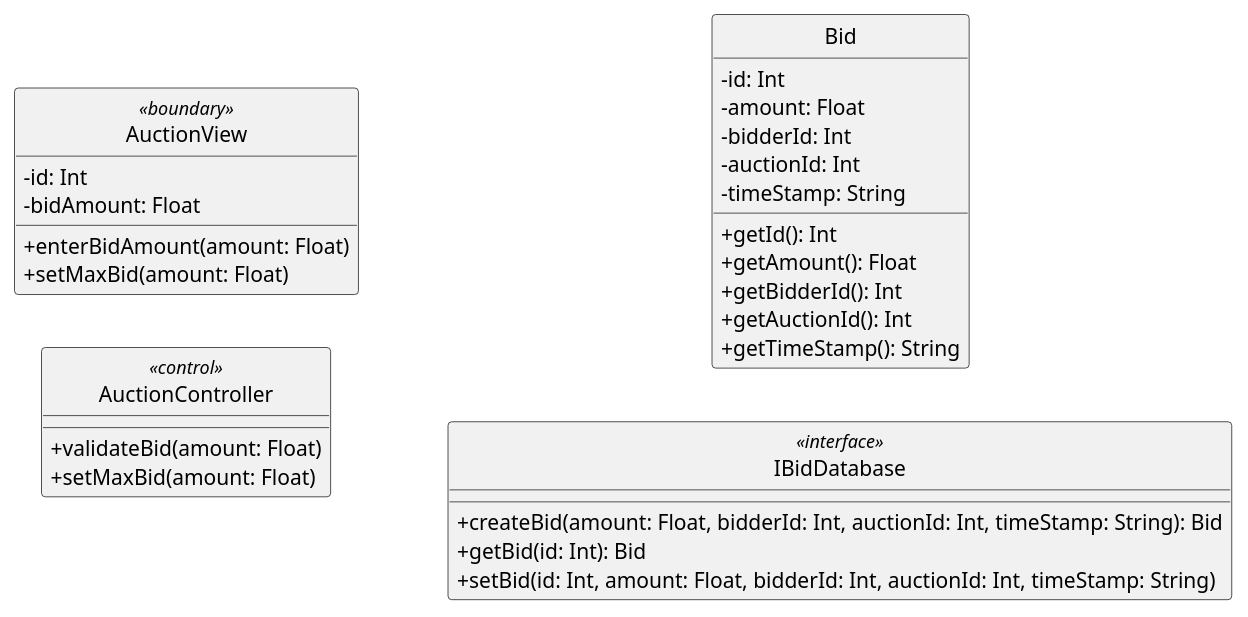
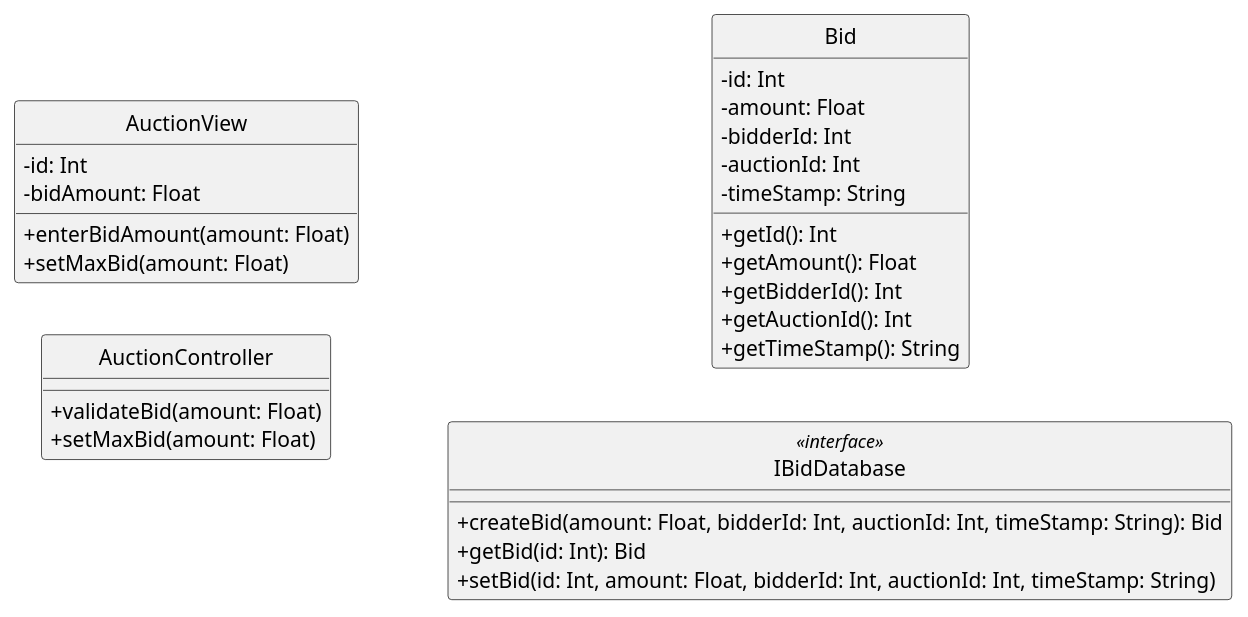
The diagram in uml/design/class/linh/place_bid.puml (anhbanlinhle/velocity-exchange), drawn with PlantUML before and after one commit. The commit also changed 1 other file, not shown here.

```diff
--- a/uml/design/class/linh/place_bid.puml
+++ b/uml/design/class/linh/place_bid.puml
@@ -1,43 +1,43 @@
 @startuml 
 left to right direction
 skinparam classAttributeIconSize 0
 skinparam linetype ortho
 hide circle
-class AuctionView <<boundary>> {
+class AuctionView {
     - id: Int
     - bidAmount: Float
 
     + enterBidAmount(amount: Float)
     + setMaxBid(amount: Float)
 
     }
 
-class AuctionController <<control>> {
+class AuctionController {
     + validateBid(amount: Float)
     + setMaxBid(amount: Float)
 
     }
 
 class Bid {
     - id: Int
     - amount: Float
     - bidderId: Int
     - auctionId: Int
     - timeStamp: String
 
     + getId(): Int
     + getAmount(): Float
     + getBidderId(): Int
     + getAuctionId(): Int
     + getTimeStamp(): String
     }
 
 class IBidDatabase <<interface>> {
     + createBid(amount: Float, bidderId: Int, auctionId: Int, timeStamp: String): Bid
     + getBid(id: Int): Bid
     + setBid(id: Int, amount: Float, bidderId: Int, auctionId: Int, timeStamp: String)
     }
 
 
 
 @enduml
```
